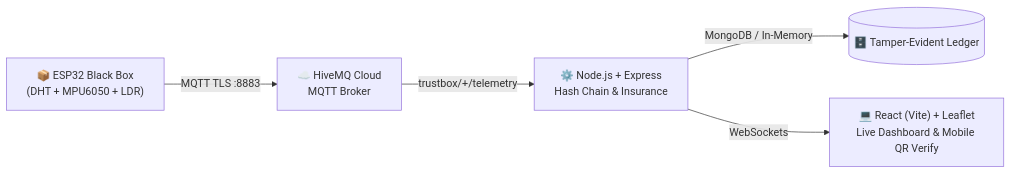
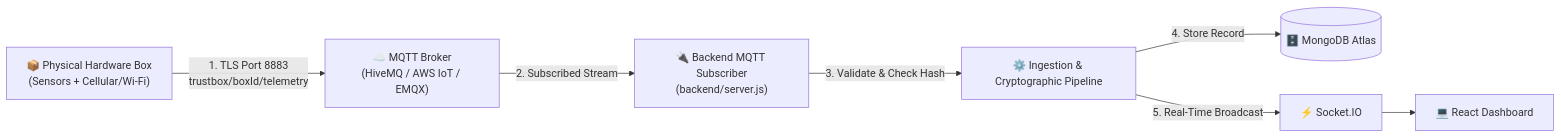
One commit to Khubaib-programmer/trustbox changed the second of 2 diagrams in README.md. Above: the diagram before and after it, drawn with Mermaid. The commit also changed other lines of this file and 11 other files, not shown here.

Commit message:
feat: complete TrustBox hardware-software telemetry pipeline, verification engine & documentation

````diff
--- a/README.md
+++ b/README.md
@@ -17,7 +500,9 @@
 ```mermaid
 flowchart LR
-    ESP32["📦 ESP32 Black Box<br/>(DHT + MPU6050 + LDR)"] -->|MQTT TLS :8883| HiveMQ["☁️ HiveMQ Cloud<br/>MQTT Broker"]
-    HiveMQ -->|trustbox/+/telemetry| Backend["⚙️ Node.js + Express<br/>Hash Chain & Insurance"]
-    Backend -->|MongoDB / In-Memory| DB[("🗄️ Tamper-Evident Ledger")]
-    Backend -->|WebSockets| Frontend["💻 React (Vite) + Leaflet<br/>Live Dashboard & Mobile QR Verify"]
+    ESP32["📦 Physical Hardware Box<br/>(Sensors + Cellular/Wi-Fi)"] -->|1. TLS Port 8883<br/>trustbox/boxId/telemetry| BROKER["☁️ MQTT Broker<br/>(HiveMQ / AWS IoT / EMQX)"]
+    BROKER -->|2. Subscribed Stream| ADAPTER["🔌 Backend MQTT Subscriber<br/>(backend/server.js)"]
+    ADAPTER -->|3. Validate & Check Hash| PIPELINE["⚙️ Ingestion & Cryptographic Pipeline"]
+    PIPELINE -->|4. Store Record| DB[("🗄️ MongoDB Atlas")]
+    PIPELINE -->|5. Real-Time Broadcast| WS["⚡ Socket.IO"]
+    WS --> DASH["💻 React Dashboard"]
 ```
````
